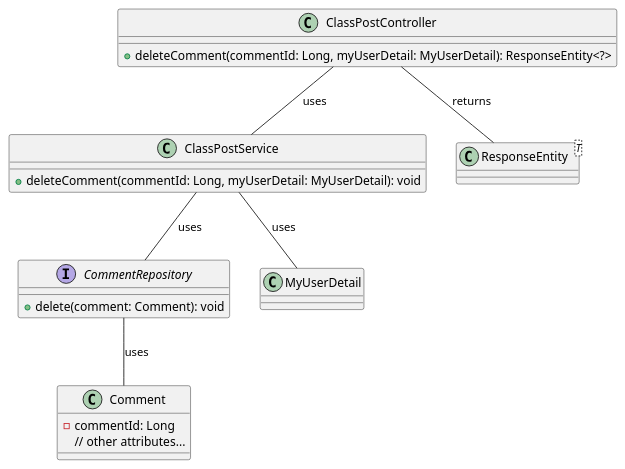
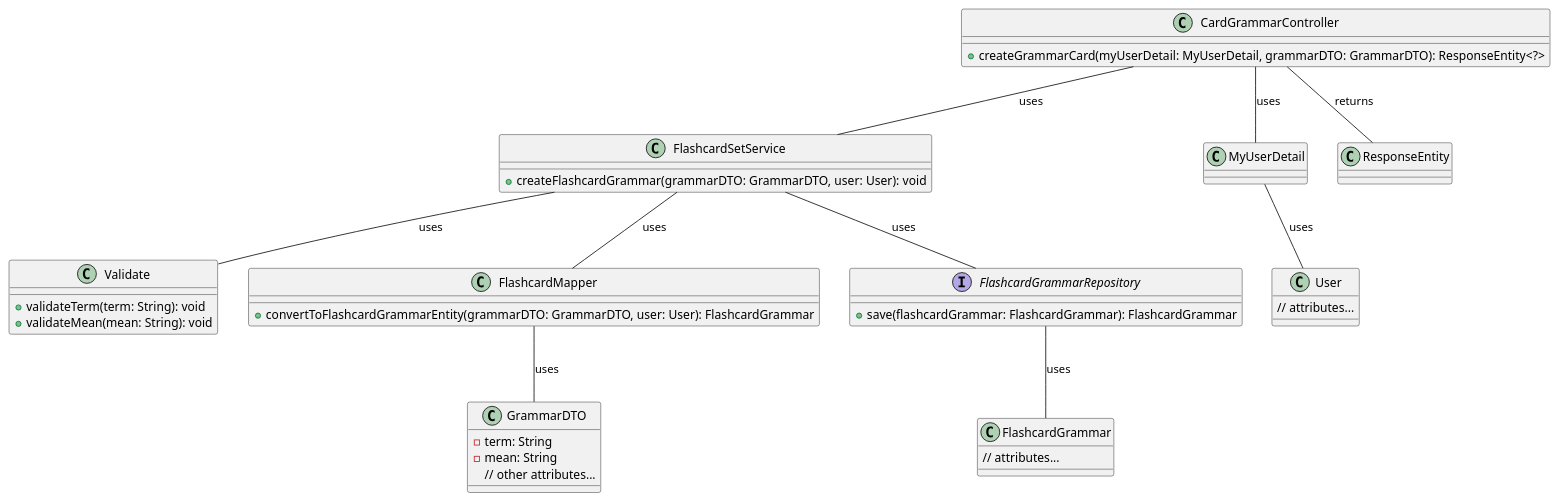
One commit to zzquocngaozz/JFlashcard changed the diagram in PackageDiagram.puml. Above: the diagram before and after it, drawn with PlantUML. The commit also changed 14 other files, not shown here.

```diff
--- a/PackageDiagram.puml
+++ b/PackageDiagram.puml
@@ -1,30 +1,50 @@
 @startuml
 
-class ClassPostController {
-  +deleteComment(commentId: Long, myUserDetail: MyUserDetail): ResponseEntity<?>
+class CardGrammarController {
+  +createGrammarCard(myUserDetail: MyUserDetail, grammarDTO: GrammarDTO): ResponseEntity<?>
 }
 
-class ClassPostService {
-  +deleteComment(commentId: Long, myUserDetail: MyUserDetail): void
-}
-
-interface CommentRepository {
-  +delete(comment: Comment): void
-}
-
-class Comment {
-  -commentId: Long
-  // other attributes...
+class FlashcardSetService {
+  +createFlashcardGrammar(grammarDTO: GrammarDTO, user: User): void
 }
 
 class MyUserDetail
 
-class ResponseEntity<T>
+class GrammarDTO {
+  -term: String
+  -mean: String
+  // other attributes...
+}
 
-ClassPostController -- ClassPostService : uses
-ClassPostService -- CommentRepository : uses
-ClassPostService -- MyUserDetail : uses
-CommentRepository -- Comment : uses
-ClassPostController -- ResponseEntity : returns
+class User {
+  // attributes...
+}
+
+class Validate {
+  +validateTerm(term: String): void
+  +validateMean(mean: String): void
+}
+
+class FlashcardMapper {
+  +convertToFlashcardGrammarEntity(grammarDTO: GrammarDTO, user: User): FlashcardGrammar
+}
+
+interface FlashcardGrammarRepository {
+  +save(flashcardGrammar: FlashcardGrammar): FlashcardGrammar
+}
+
+class FlashcardGrammar {
+  // attributes...
+}
+
+CardGrammarController -- FlashcardSetService : uses
+FlashcardSetService -- Validate : uses
+FlashcardSetService -- FlashcardMapper : uses
+FlashcardSetService -- FlashcardGrammarRepository : uses
+MyUserDetail -- User : uses
+FlashcardGrammarRepository -- FlashcardGrammar : uses
+CardGrammarController -- MyUserDetail : uses
+CardGrammarController -- ResponseEntity : returns
+FlashcardMapper -- GrammarDTO : uses
 
 @enduml
```
